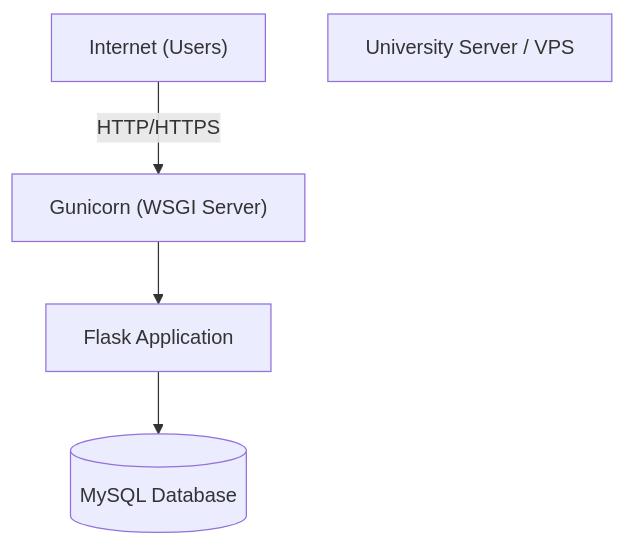
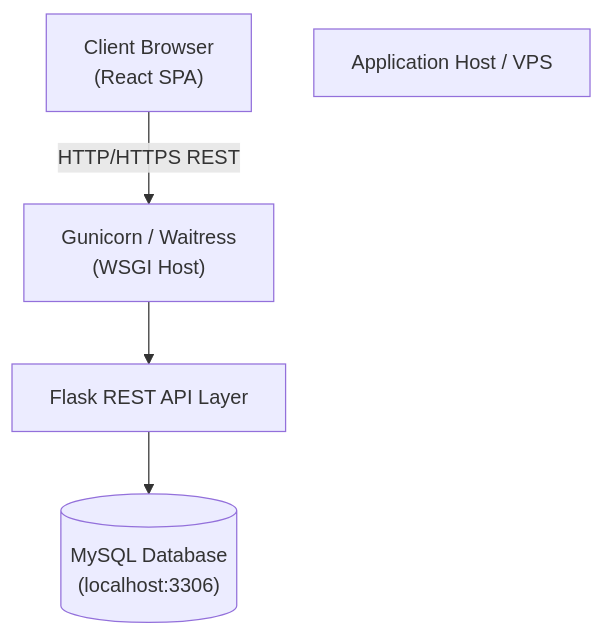
One commit to goxxie08/Wellvia changed the third of 3 diagrams in SYSTEM_DESIGN.md. Above: the diagram before and after it, drawn with Mermaid. The commit also changed other lines of this file and 2 other files, not shown here.

````diff
--- a/SYSTEM_DESIGN.md
+++ b/SYSTEM_DESIGN.md
@@ -572,12 +724,12 @@
 ```mermaid
 flowchart TD
-    Internet["Internet (Users)"]
-    VPS["University Server / VPS"]
-    WSGI["Gunicorn (WSGI Server)"]
-    App["Flask Application"]
-    DB[("MySQL Database")]
+    Browser["Client Browser<br/>(React SPA)"]
+    Server["Application Host / VPS"]
+    WSGI["Gunicorn / Waitress<br/>(WSGI Host)"]
+    Flask["Flask REST API Layer"]
+    DB[("MySQL Database<br/>(localhost:3306)")]
 
-    Internet -->|HTTP/HTTPS| WSGI
-    WSGI --> App
-    App --> DB
+    Browser -->|HTTP/HTTPS REST| WSGI
+    WSGI --> Flask
+    Flask --> DB
 ```
````
